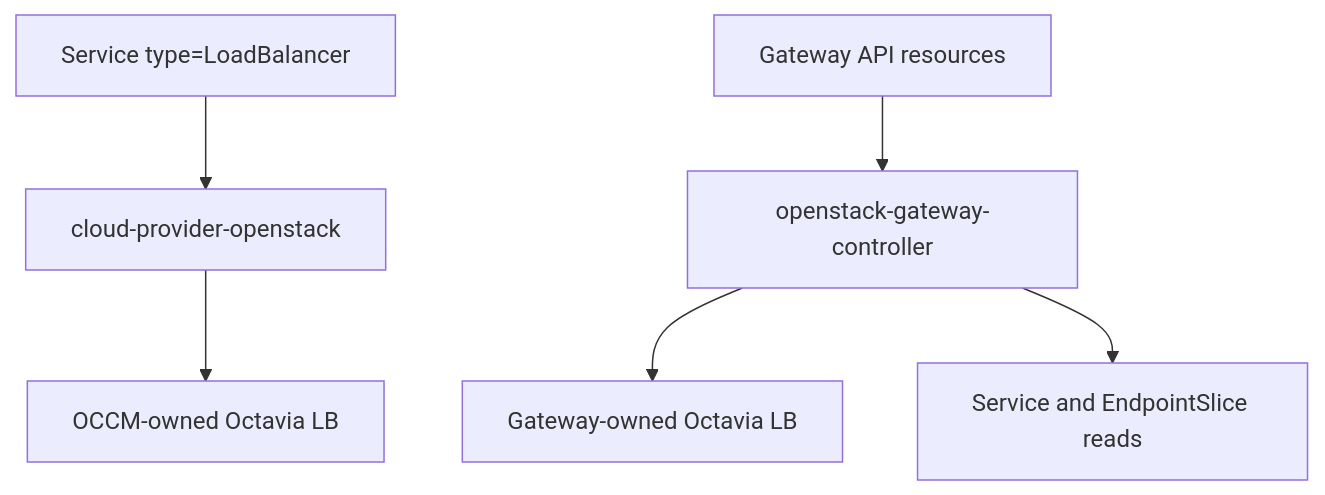
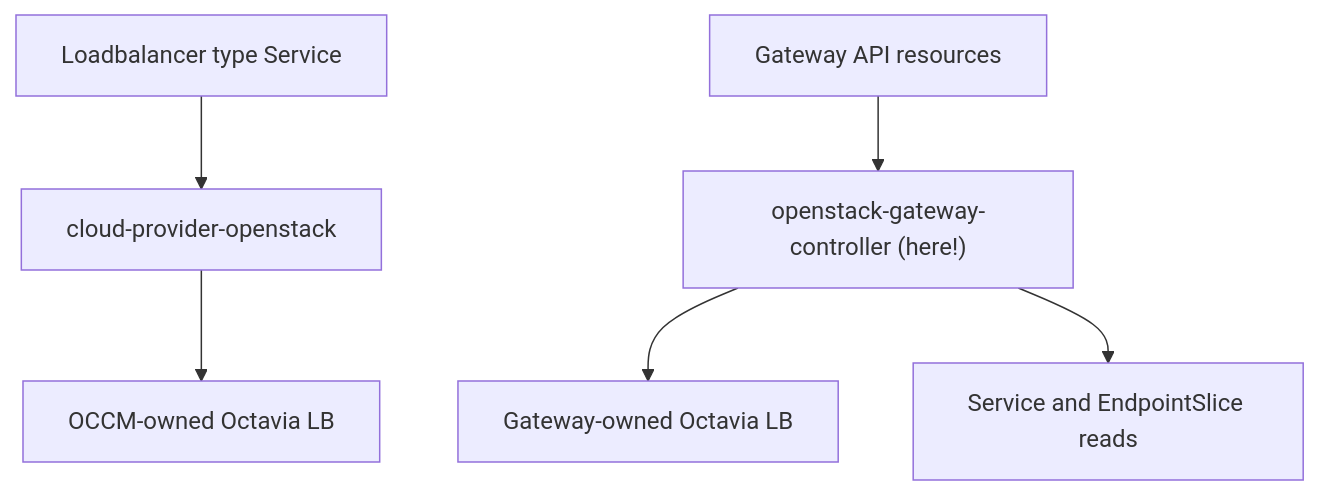
One commit to jihyun-huh/gateway-api-openstack changed the diagram in README.md. Above: the diagram before and after it, drawn with Mermaid. The commit also changed other lines of this file and 2 other files, not shown here.

````diff
--- a/README.md
+++ b/README.md
@@ -40,9 +40,9 @@
 ```mermaid
 flowchart TD
-    S["Service type=LoadBalancer"] --> OCCM["cloud-provider-openstack"]
+    S["Loadbalancer type Service"] --> OCCM["cloud-provider-openstack"]
     OCCM --> SLB["OCCM-owned Octavia LB"]
 
-    G["Gateway API resources"] --> CTRL["openstack-gateway-controller"]
+    G["Gateway API resources"] --> CTRL["openstack-gateway-controller (here!)"]
     CTRL --> OLB["Gateway-owned Octavia LB"]
     CTRL --> K8S["Service and EndpointSlice reads"]
 ```
````
